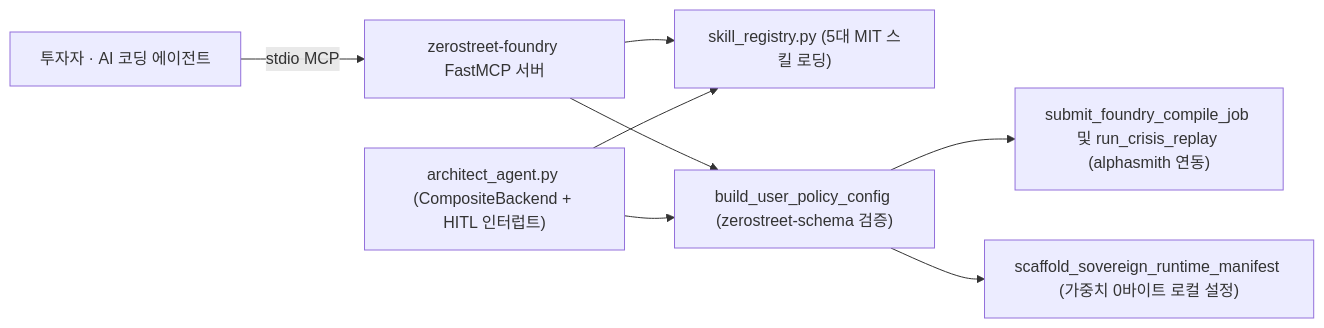
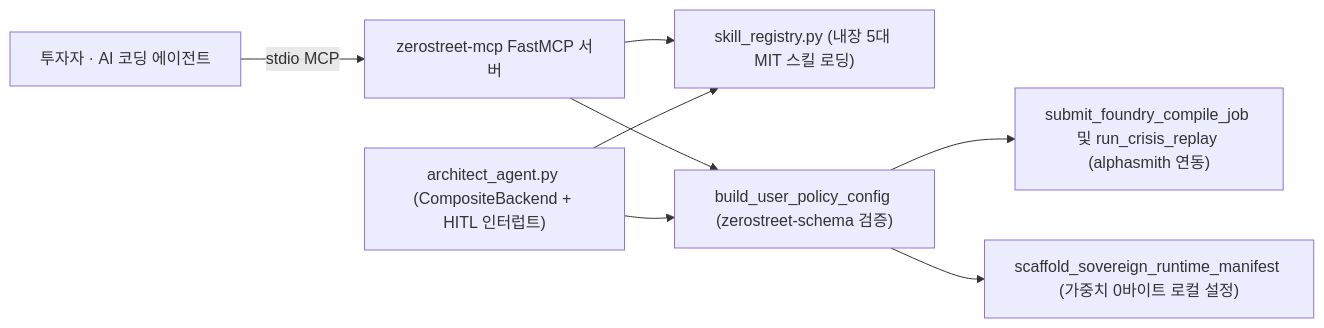
Before and after one commit to zerostreet/zerostreet-mcp: the diagram in openwiki/quickstart.md, drawn with Mermaid. The commit also changed other lines of this file and 22 other files, not shown here.

Commit message:
refactor: rename package and repository from zerostreet-skills to zerostreet-mcp

````diff
--- a/openwiki/quickstart.md
+++ b/openwiki/quickstart.md
@@ -36,10 +36,10 @@
 ```mermaid
 flowchart LR
-    DEV["투자자 · AI 코딩 에이전트"] -->|"stdio MCP"| MCP["zerostreet-foundry FastMCP 서버"]
-    MCP --> REG["skill_registry.py (5대 MIT 스킬 로딩)"]
+    DEV["투자자 · AI 코딩 에이전트"] -->|"stdio MCP"| MCP["zerostreet-mcp FastMCP 서버"]
+    MCP --> REG["skill_registry.py (내장 5대 MIT 스킬 로딩)"]
     MCP --> POL["build_user_policy_config (zerostreet-schema 검증)"]
     POL --> ASM["submit_foundry_compile_job 및 run_crisis_replay (alphasmith 연동)"]
     POL --> LOC["scaffold_sovereign_runtime_manifest (가중치 0바이트 로컬 설정)"]
     ARCH["architect_agent.py (CompositeBackend + HITL 인터럽트)"] --> REG
     ARCH --> POL
 ```
````
